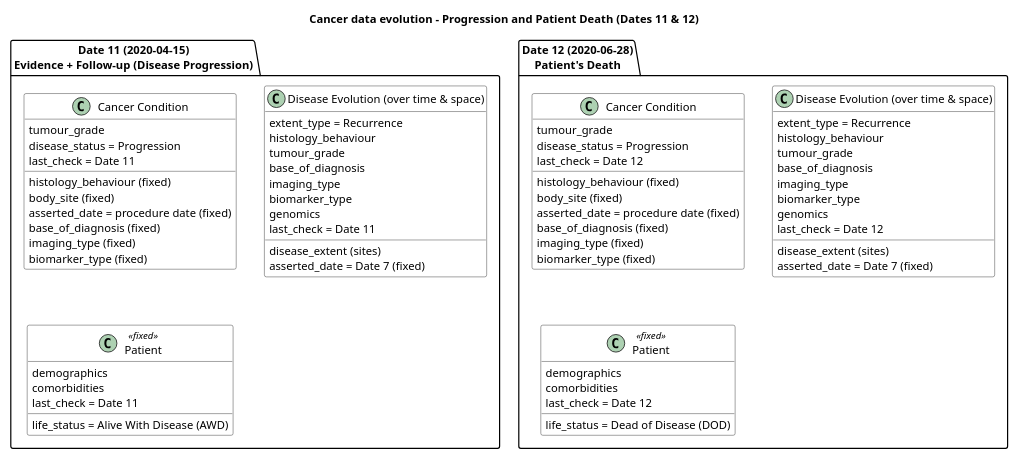
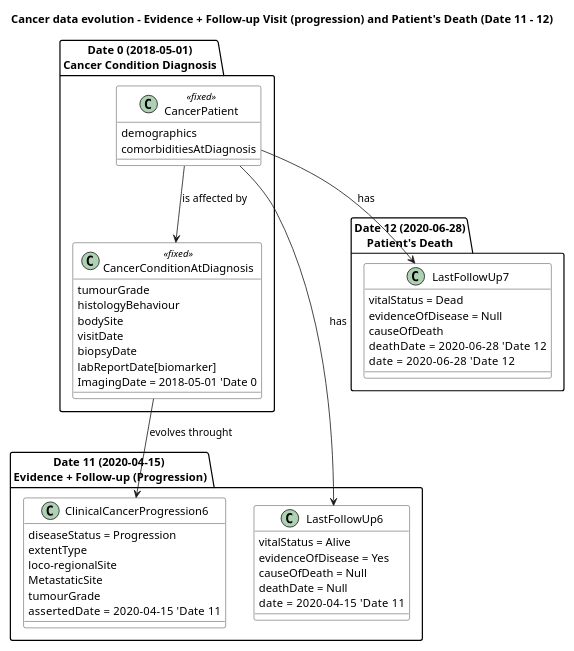
One commit to hl7-eu/cancer-common changed the diagram in input/images-source/CancerDataEvolution6.plantuml. Above: the diagram before and after it, drawn with PlantUML. The commit also changed 6 other files, not shown here.

First line of the commit message:
Data Evolution Images Update

```diff
--- a/input/images-source/CancerDataEvolution6.plantuml
+++ b/input/images-source/CancerDataEvolution6.plantuml
@@ -1,87 +1,147 @@
 @startuml
-title Cancer data evolution – Progression and Patient Death (Dates 11 & 12)
+title Cancer data evolution – Evidence + Follow-up Visit (progression) and Patient's Death (Date 11 - 12) 
 
 skinparam class {
   BackgroundColor White
 }
 scale 0.8
-' =====================================================
-' DATE 11 – 2020-04-15 (Disease progression follow-up)
+
+
+package "Date 0 (2018-05-01)\nCancer Condition Diagnosis" {
+  class CancerPatient <<fixed>> {
+    demographics
+    comorbiditiesAtDiagnosis
+  }
+  
+  class CancerConditionAtDiagnosis <<fixed>> {
+    tumourGrade
+    histologyBehaviour
+    bodySite
+    visitDate 
+    biopsyDate 
+    labReportDate[biomarker] 
+    ImagingDate = 2018-05-01 'Date 0
+  }
+ 
+}
+
+' Links inside Date 0
+CancerPatient --> CancerConditionAtDiagnosis : is affected by
+
+ package "Date 11 (2020-04-15) \nEvidence + Follow-up (Progression)" {
+    
+    class LastFollowUp6 {
+     vitalStatus = Alive
+     evidenceOfDisease = Yes
+     causeOfDeath = Null
+     deathDate = Null
+     date = 2020-04-15   'Date 11
+  }
+
+    class ClinicalCancerProgression6 {
+      diseaseStatus = Progression
+      extentType 
+      loco-regionalSite 
+      MetastaticSite 
+      tumourGrade
+      assertedDate = 2020-04-15   'Date 11
+    }
+
+ }
+
+CancerPatient --> LastFollowUp6 : has
+CancerConditionAtDiagnosis --> ClinicalCancerProgression6 : evolves throught
+
+package "Date 12 (2020-06-28)\nPatient's Death" {
+
+  class LastFollowUp7 {
+     vitalStatus = Dead
+     evidenceOfDisease = Null
+     causeOfDeath 
+     deathDate = 2020-06-28   'Date 12
+     date = 2020-06-28   'Date 12
+  }
+}
+
+CancerPatient --> LastFollowUp7 : has
+
+/' ' =====================================================
+'Date 11 – 2020-04-15 (Disease progression follow-up)
 ' =====================================================
 package progression as "Date 11 (2020-04-15)\nEvidence + Follow-up (Disease Progression)" {
 
   class CancerCondition_D11 as "Cancer Condition" {
     histology_behaviour (fixed)
     body_site (fixed)
     tumour_grade
     asserted_date = procedure date (fixed)
     base_of_diagnosis (fixed)
     imaging_type (fixed)
     biomarker_type (fixed)
     disease_status = Progression
     last_check = Date 11
   }
 
   class DiseaseEvolution_D11 as "Disease Evolution (over time & space)" {
     extent_type = Recurrence
     disease_extent (sites)
     histology_behaviour
     tumour_grade
     base_of_diagnosis
     imaging_type
     biomarker_type
     genomics
     asserted_date = Date 7 (fixed)
     last_check = Date 11
   }
 
   class Patient_D11 as "Patient" <<fixed>> {
     demographics
     comorbidities
     life_status = Alive With Disease (AWD)
     last_check = Date 11
   }
 }
 
 
 ' =====================================================
-' DATE 12 – 2020-06-28 (Patient’s death)
+'Date 12 – 2020-06-28 (Patient’s death)
 ' =====================================================
 package death as "Date 12 (2020-06-28)\nPatient's Death" {
 
   class CancerCondition_D12 as "Cancer Condition" {
     histology_behaviour (fixed)
     body_site (fixed)
     tumour_grade
     asserted_date = procedure date (fixed)
     base_of_diagnosis (fixed)
     imaging_type (fixed)
     biomarker_type (fixed)
     disease_status = Progression
     last_check = Date 12
   }
 
   class DiseaseEvolution_D12 as "Disease Evolution (over time & space)" {
     extent_type = Recurrence
     disease_extent (sites)
     histology_behaviour
     tumour_grade
     base_of_diagnosis
     imaging_type
     biomarker_type
     genomics
     asserted_date = Date 7 (fixed)
     last_check = Date 12
   }
 
   class Patient_D12 as "Patient" <<fixed>> {
     demographics
     comorbidities
     life_status = Dead of Disease (DOD)
     last_check = Date 12
   }
 }
 
 ' Relationships Date 12
-' progression --down[hidden]--> death
+' progression --down[hidden]--> death '/
 @enduml
```
